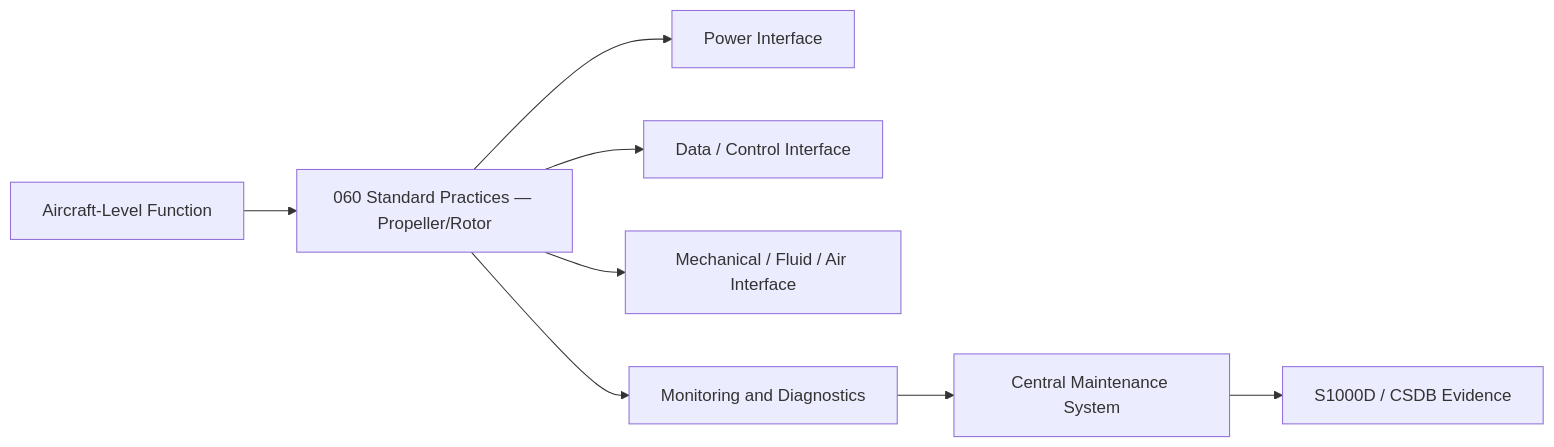
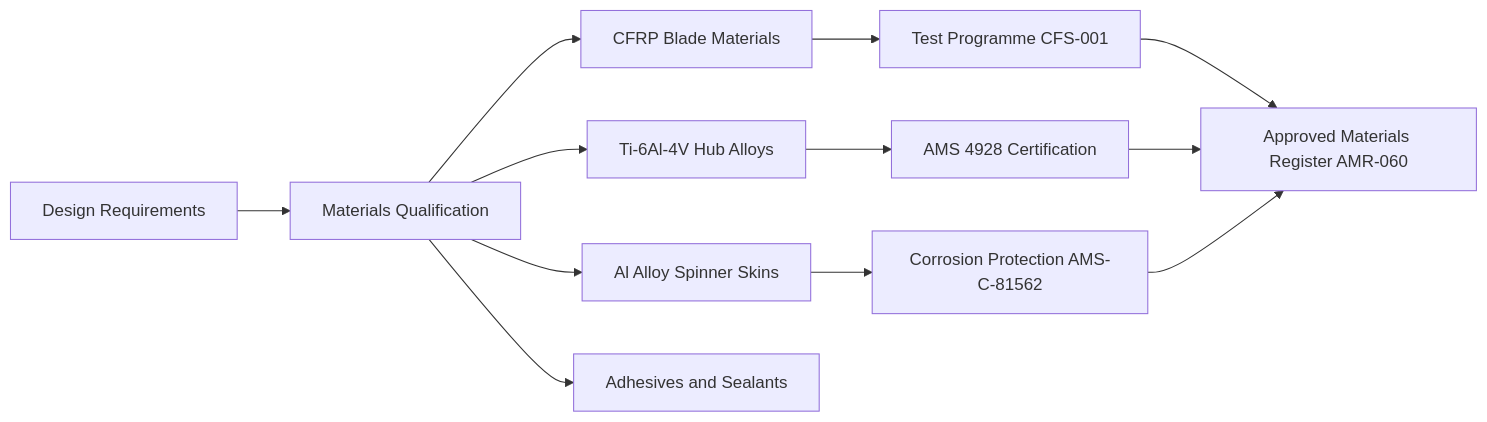
The first of 2 diagrams in Q+ATLANTIDE/000-099_ATLAS/060-069_Propulsion-Tradicional/060_Standard-Practices-Propeller-Rotor/060-010-Propeller-Rotor-Materials-and-Processes.md (AmedeoPelliccia/Qplus-For-All-Queer-People-and-Quantum), drawn with Mermaid before and after one commit. The commit also changed other lines of this file and 74 other files, not shown here.

````diff
--- a/Q+ATLANTIDE/000-099_ATLAS/060-069_Propulsion-Tradicional/060_Standard-Practices-Propeller-Rotor/060-010-Propeller-Rotor-Materials-and-Processes.md
+++ b/Q+ATLANTIDE/000-099_ATLAS/060-069_Propulsion-Tradicional/060_Standard-Practices-Propeller-Rotor/060-010-Propeller-Rotor-Materials-and-Processes.md
@@ -153,10 +97,14 @@
 ```mermaid
 flowchart LR
-    A[Aircraft-Level Function] --> B[060 Standard Practices — Propeller/Rotor]
-    B --> C[Power Interface]
-    B --> D[Data / Control Interface]
-    B --> E[Mechanical / Fluid / Air Interface]
-    B --> F[Monitoring and Diagnostics]
-    F --> G[Central Maintenance System]
-    G --> H[S1000D / CSDB Evidence]
+    A[Design Requirements] --> B[Materials Qualification]
+    B --> C[CFRP Blade Materials]
+    B --> D[Ti-6Al-4V Hub Alloys]
+    B --> E[Al Alloy Spinner Skins]
+    B --> F[Adhesives and Sealants]
+    C --> G[Test Programme CFS-001]
+    D --> H[AMS 4928 Certification]
+    E --> I[Corrosion Protection AMS-C-81562]
+    G --> J[Approved Materials Register AMR-060]
+    H --> J
+    I --> J
 ```
````
